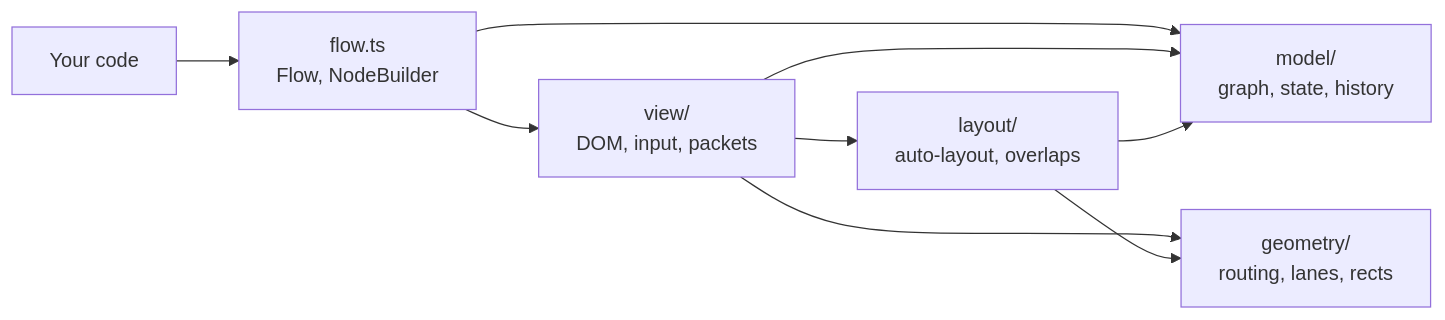
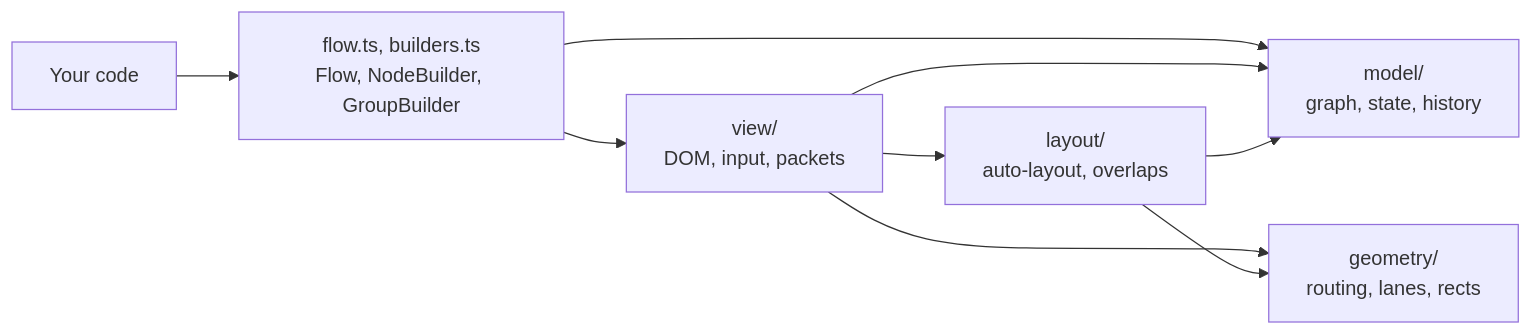
Before and after one commit to virtualtear/betternodes: the diagram in README.md, drawn with Mermaid. The commit also changed other lines of this file and 27 other files, not shown here.

````diff
--- a/README.md
+++ b/README.md
@@ -678,11 +679,11 @@
 ```mermaid
 flowchart LR
-  app[Your code] --> flow[flow.ts<br>Flow, NodeBuilder]
+  app[Your code] --> flow[flow.ts, builders.ts<br>Flow, NodeBuilder, GroupBuilder]
   flow --> view[view/<br>DOM, input, packets]
   flow --> model[model/<br>graph, state, history]
   view --> layout[layout/<br>auto-layout, overlaps]
   view --> model
   view --> geometry[geometry/<br>routing, lanes, rects]
   layout --> model
   layout --> geometry
 ```
````
